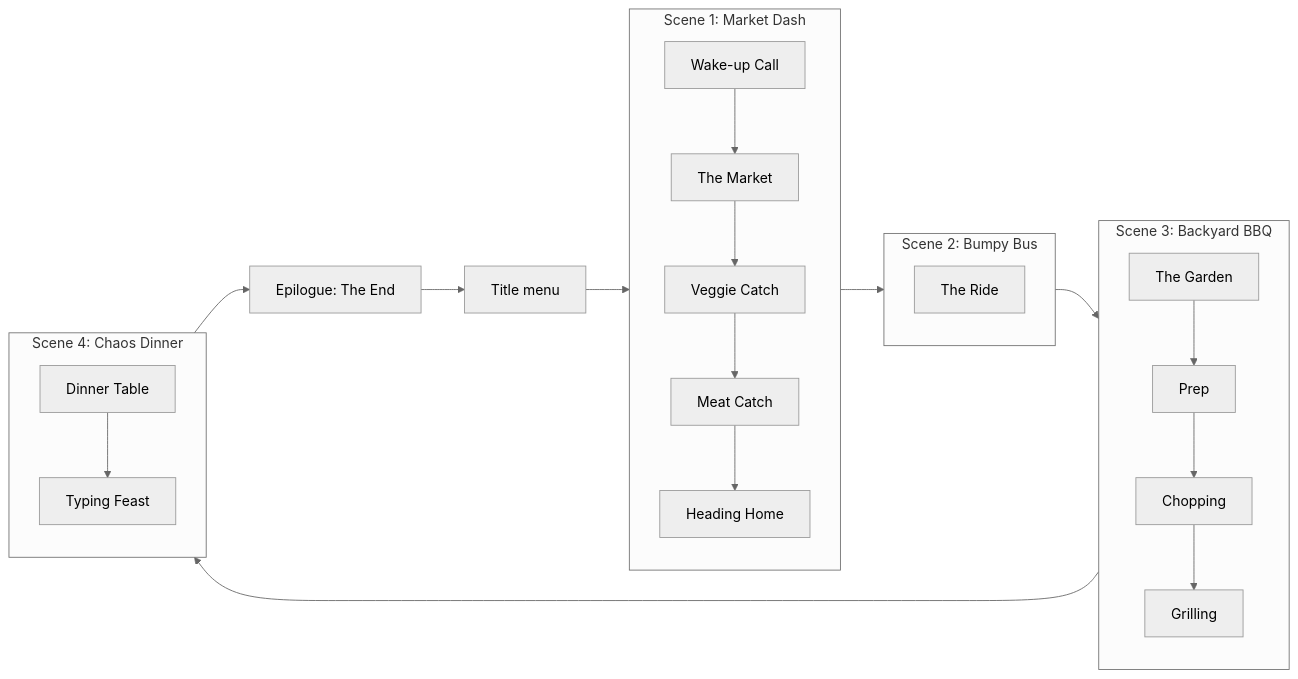
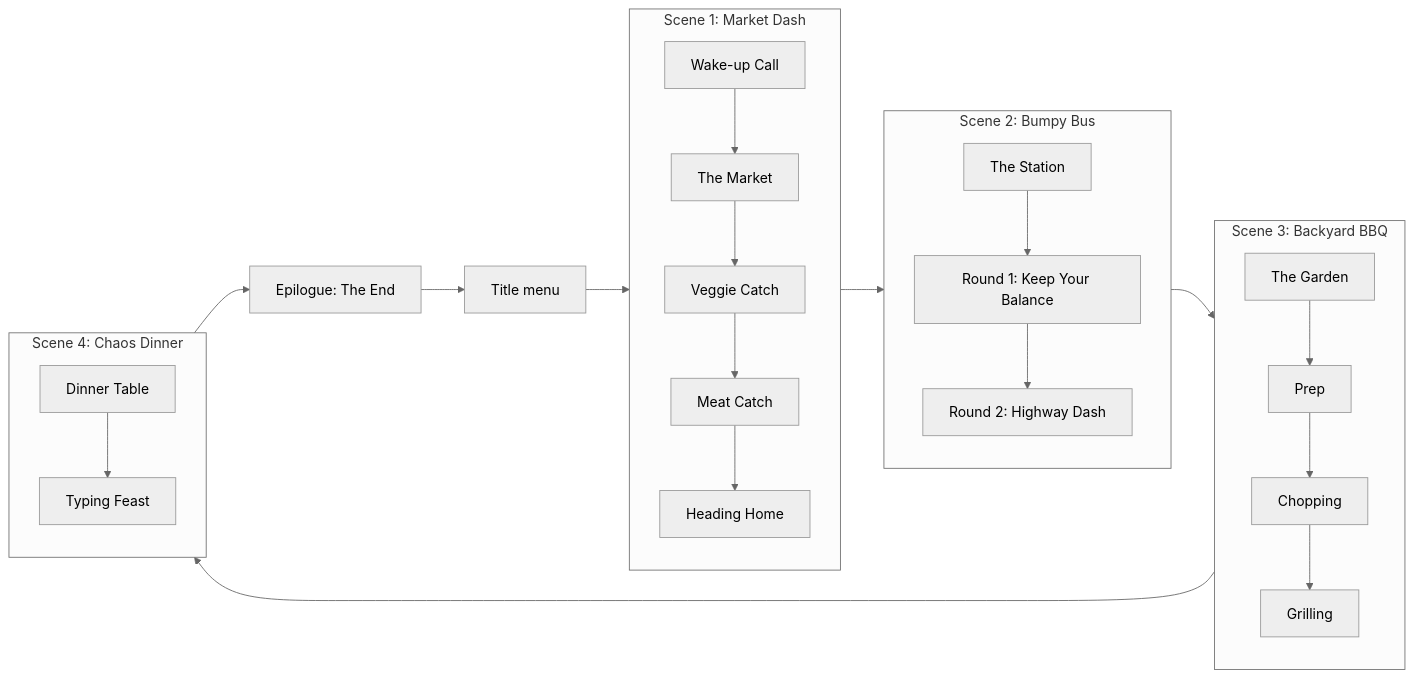
One commit to Ian-Chin/TheFamilyNight-ISE changed the diagram in README.md. Above: the diagram before and after it, drawn with Mermaid (neutral theme). The commit also changed other lines of this file and 22 other files, not shown here.

````diff
--- a/README.md
+++ b/README.md
@@ -90,17 +90,17 @@
 ```mermaid
 flowchart LR
     M[Title menu] --> S1
     subgraph S1[Scene 1: Market Dash]
         A1[Wake-up Call] --> A2[The Market] --> A3[Veggie Catch] --> A4[Meat Catch] --> A5[Heading Home]
     end
     subgraph S2[Scene 2: Bumpy Bus]
-        B1[The Ride]
+        B1[The Station] --> B2[Round 1: Keep Your Balance] --> B3[Round 2: Highway Dash]
     end
     subgraph S3[Scene 3: Backyard BBQ]
         C1[The Garden] --> C2[Prep] --> C3[Chopping] --> C4[Grilling]
     end
     subgraph S4[Scene 4: Chaos Dinner]
         D1[Dinner Table] --> D2[Typing Feast]
     end
     S1 --> S2 --> S3 --> S4 --> E[Epilogue: The End] --> M
 ```
````
